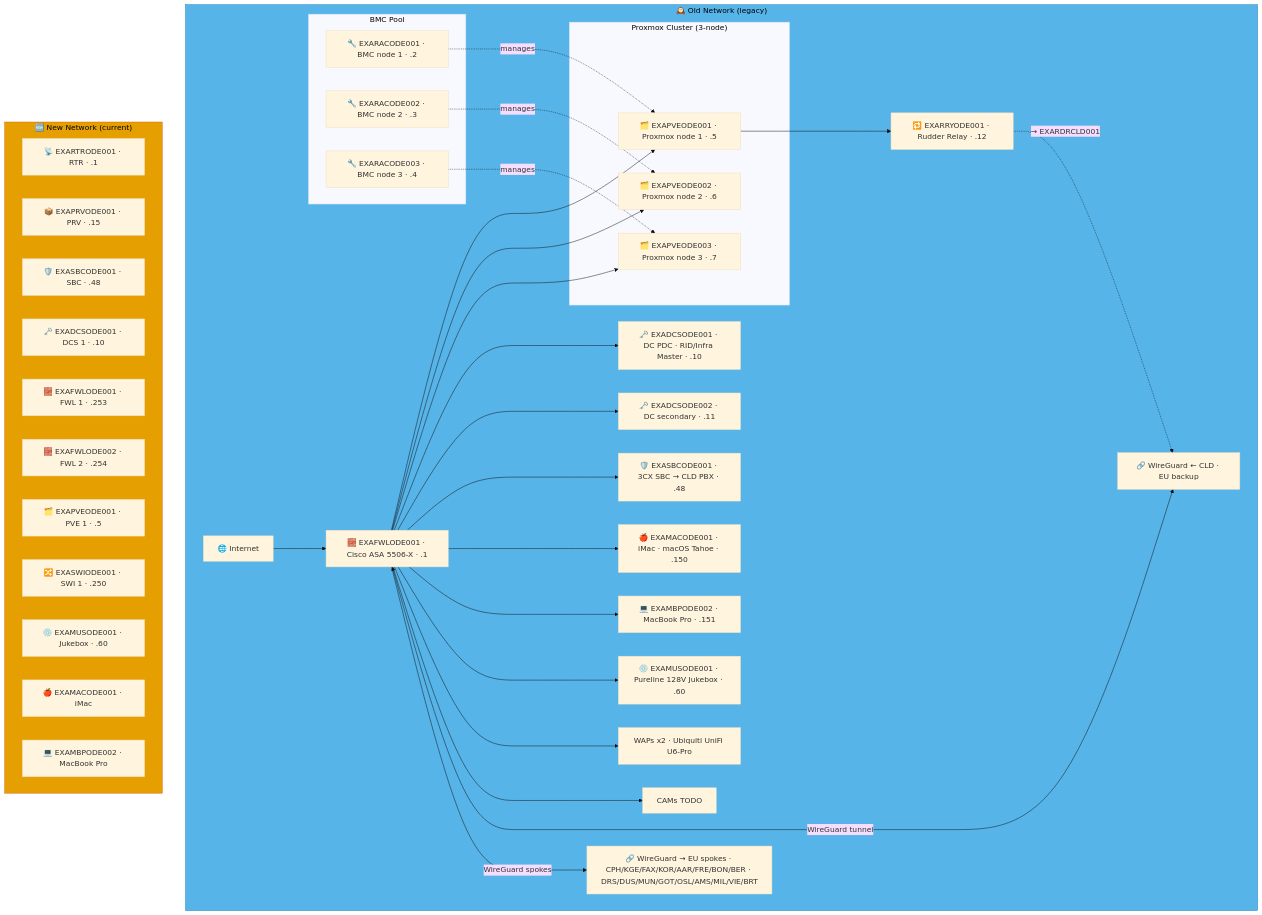
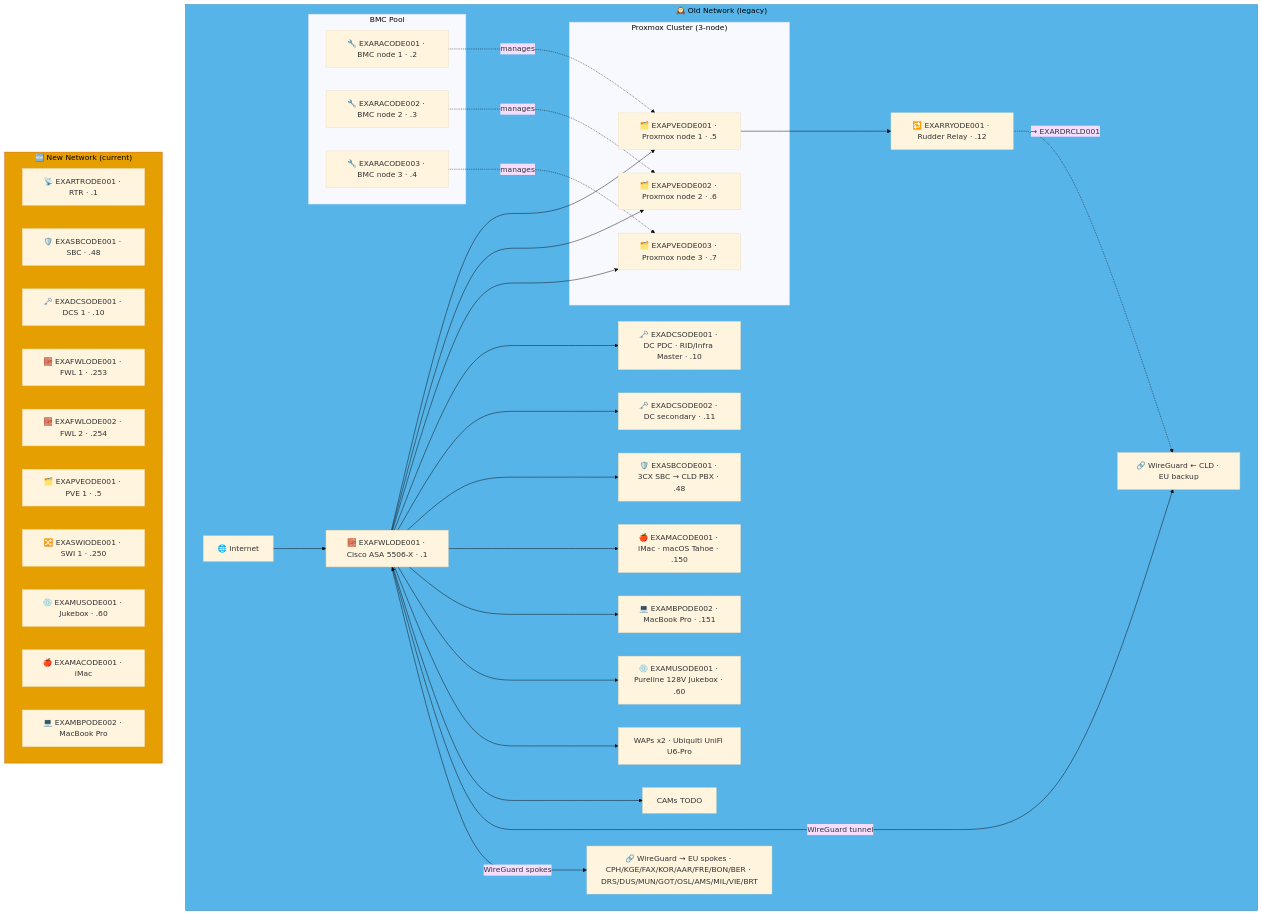
Before and after one commit to knightmare2600/example_music_infra: the second of 9 diagrams in docs/network-diagram/danmark.md, drawn with Mermaid (base theme). The commit also changed other lines of this file and 55 other files, not shown here.

````diff
--- a/docs/network-diagram/danmark.md
+++ b/docs/network-diagram/danmark.md
@@ -69,61 +68,60 @@
 ```mermaid
 graph TD
     subgraph OLD_ODE ["🕰️ Old Network (legacy)"]
       INET["🌐 Internet"]
       FWL["🧱 EXAFWLODE001 · Cisco ASA 5506-X · .1"]
 
       subgraph BMC ["BMC Pool"]
           RAC1["🔧 EXARACODE001 · BMC node 1 · .2"]
           RAC2["🔧 EXARACODE002 · BMC node 2 · .3"]
           RAC3["🔧 EXARACODE003 · BMC node 3 · .4"]
       end
 
       subgraph PVE ["Proxmox Cluster (3-node)"]
           PVE1["🗂️ EXAPVEODE001 · Proxmox node 1 · .5"]
           PVE2["🗂️ EXAPVEODE002 · Proxmox node 2 · .6"]
           PVE3["🗂️ EXAPVEODE003 · Proxmox node 3 · .7"]
       end
 
       DC1["🗝️ EXADCSODE001 · DC PDC · RID/Infra Master · .10"]
       DC2["🗝️ EXADCSODE002 · DC secondary · .11"]
       SBC["🛡️ EXASBCODE001 · 3CX SBC → CLD PBX · .48"]
       RRY["🔁 EXARRYODE001 · Rudder Relay · .12"]
       MAC["🍎 EXAMACODE001 · iMac · macOS Tahoe · .150"]
       MBP["💻 EXAMBPODE002 · MacBook Pro · .151"]
       JKB["💿 EXAMUSODE001 · Pureline 128V Jukebox · .60"]
       WAP["WAPs x2 · Ubiquiti UniFi U6-Pro"]
       CAM["CAMs TODO"]
       VPN_CLD["🔗 WireGuard ← CLD · EU backup"]
       VPN_EU["🔗 WireGuard → EU spokes · CPH/KGE/FAX/KOR/AAR/FRE/BON/BER · DRS/DUS/MUN/GOT/OSL/AMS/MIL/VIE/BRT"]
 
       INET --> FWL
       FWL --> PVE1 & PVE2 & PVE3
       FWL --> DC1 & DC2 & SBC
       RAC1 -.->|"manages"| PVE1
       RAC2 -.->|"manages"| PVE2
       RAC3 -.->|"manages"| PVE3
       FWL --> MAC & MBP & JKB & WAP & CAM
       FWL <-->|"WireGuard tunnel"| VPN_CLD
       FWL -->|"WireGuard spokes"| VPN_EU
 
       PVE1 --> RRY
       RRY -. "→ EXARDRCLD001" .-> VPN_CLD
     end
     style OLD_ODE fill:#56B4E9,stroke:#0072B2,color:#000000
     %% GENERATED:NEW-NETWORK:ODE:START
     subgraph NEW_ODE ["🆕 New Network (current)"]
       N_RTR["📡 EXARTRODE001 · RTR · .1"]
-      N_PRV["📦 EXAPRVODE001 · PRV · .15"]
       N_SBC["🛡️ EXASBCODE001 · SBC · .48"]
       N_DCS["🗝️ EXADCSODE001 · DCS 1 · .10"]
       N_FWL["🧱 EXAFWLODE001 · FWL 1 · .253"]
       N_FWL2["🧱 EXAFWLODE002 · FWL 2 · .254"]
       N_PVE["🗂️ EXAPVEODE001 · PVE 1 · .5"]
       N_SWI["🔀 EXASWIODE001 · SWI 1 · .250"]
       N_MUS["💿 EXAMUSODE001 · Jukebox · .60"]
       N_MAC["🍎 EXAMACODE001 · iMac"]
       N_MBP["💻 EXAMBPODE002 · MacBook Pro"]
     end
     style NEW_ODE fill:#E69F00,stroke:#D55E00,color:#000000
     %% GENERATED:NEW-NETWORK:ODE:END
 ```
````
